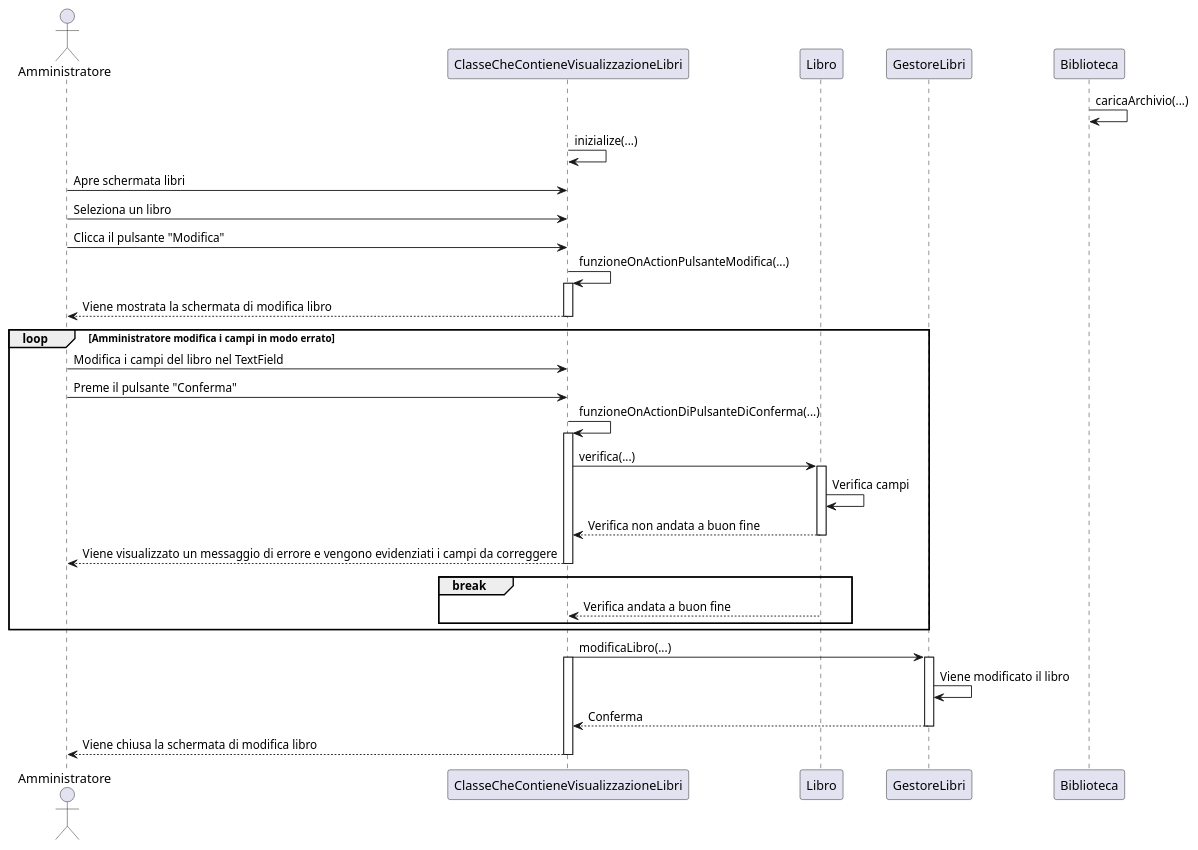
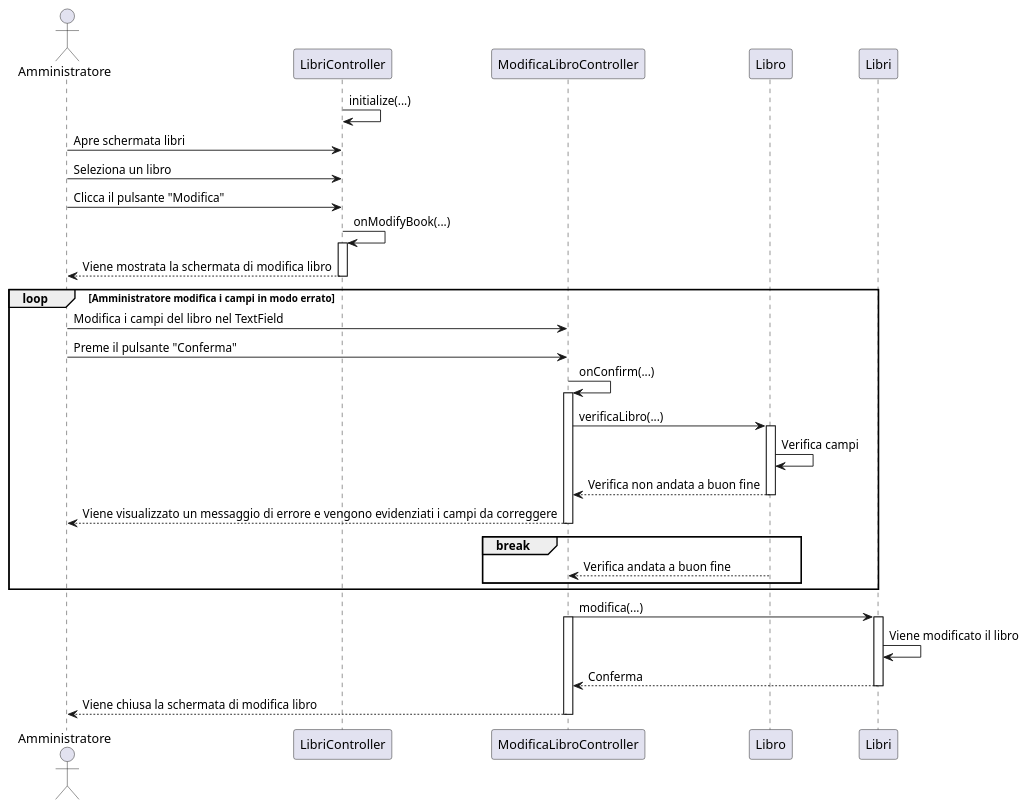
The diagram in documents/DiagrammiUML/DiagrammiDiSequenza/diagrammaC5ModificaLibro.puml (TitanVoid/ProgSE-Biblioteca), drawn with PlantUML before and after one commit. The commit also changed 21 other files, not shown here.

Commit message:
Aggiornamento diagrammi di sequenza

```diff
--- a/documents/DiagrammiUML/DiagrammiDiSequenza/diagrammaC5ModificaLibro.puml
+++ b/documents/DiagrammiUML/DiagrammiDiSequenza/diagrammaC5ModificaLibro.puml
@@ -1,48 +1,47 @@
 @startuml
 
 	actor Amministratore as a
-	participant ClasseCheContieneVisualizzazioneLibri as cvl
+	participant LibriController as cvl
+	participant ModificaLibroController as mlc
 	participant Libro as l
-	participant GestoreLibri as gl
-	participant Biblioteca as b
+	participant Libri as gl
 
-	b->b: caricaArchivio(...)
-	cvl->cvl: inizialize(...)
+	cvl->cvl: initialize(...)
 	a->cvl: Apre schermata libri
 	a->cvl: Seleziona un libro
 	
 	a->cvl: Clicca il pulsante "Modifica"
-	cvl->cvl: funzioneOnActionPulsanteModifica(...)
+	cvl->cvl: onModifyBook(...)
 	activate cvl
 		cvl --> "a": Viene mostrata la schermata di modifica libro
 	deactivate cvl
 
 	'Amministratore modifica i campi in modo errato
 	loop Amministratore modifica i campi in modo errato
-		a->cvl: Modifica i campi del libro nel TextField
-		a->cvl: Preme il pulsante "Conferma"
-		cvl->cvl: funzioneOnActionDiPulsanteDiConferma(...)
-		activate cvl
-			cvl->l: verifica(...)
+		a->mlc: Modifica i campi del libro nel TextField
+		a->mlc: Preme il pulsante "Conferma"
+		mlc->mlc: onConfirm(...)
+		activate mlc
+			mlc->l: verificaLibro(...)
 			activate l
 				l->l: Verifica campi
-				l --> cvl: Verifica non andata a buon fine
+				l --> mlc: Verifica non andata a buon fine
 			deactivate l
-		cvl-->a: Viene visualizzato un messaggio di errore e vengono evidenziati i campi da correggere
-		deactivate cvl
+		mlc-->a: Viene visualizzato un messaggio di errore e vengono evidenziati i campi da correggere
+		deactivate mlc
 		'Condizione di uscita dal loop
 		break
-			l-->cvl: Verifica andata a buon fine
+			l-->mlc: Verifica andata a buon fine
 		end
 	end
 
-	cvl->gl: modificaLibro(...)
-	activate cvl
+	mlc->gl: modifica(...)
+	activate mlc
 		activate gl
 			gl->gl: Viene modificato il libro
-			gl --> cvl: Conferma
+			gl --> mlc: Conferma
 		deactivate gl
-	cvl --> a: Viene chiusa la schermata di modifica libro
-	deactivate cvl
+	mlc --> a: Viene chiusa la schermata di modifica libro
+	deactivate mlc
 	
 @enduml
```
